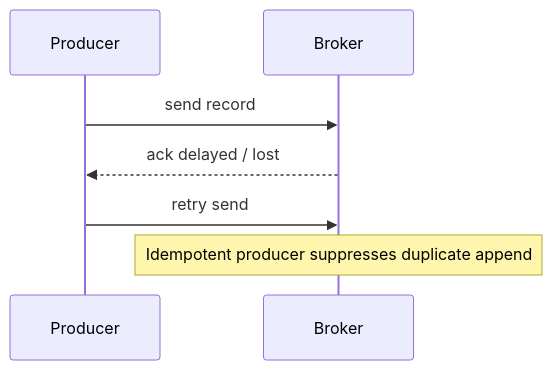
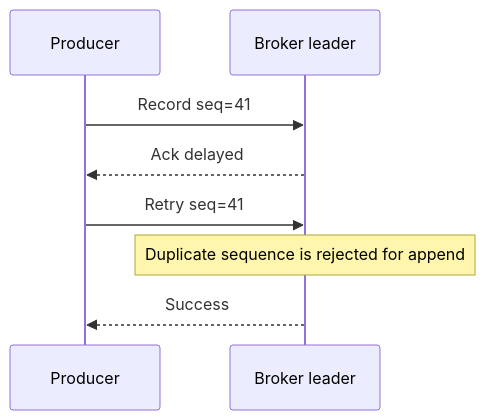
One commit to sandeepbhardwaj/sandeepbhardwaj.github.io changed the diagram in _posts/2026-06-02-kafka-idempotent-producer-transactions-part-1.md. Above: the diagram before and after it, drawn with Mermaid. The commit also changed other lines of this file and 113 other files, not shown here.

````diff
--- a/_posts/2026-06-02-kafka-idempotent-producer-transactions-part-1.md
+++ b/_posts/2026-06-02-kafka-idempotent-producer-transactions-part-1.md
@@ -45,9 +42,11 @@
 ```mermaid
 sequenceDiagram
     participant P as Producer
-    participant B as Broker
-    P->>B: send record
-    B-->>P: ack delayed / lost
-    P->>B: retry send
-    Note over B: Idempotent producer suppresses duplicate append
+    participant B as Broker leader
+
+    P->>B: Record seq=41
+    B-->>P: Ack delayed
+    P->>B: Retry seq=41
+    Note over B: Duplicate sequence is rejected for append
+    B-->>P: Success
 ```
````
